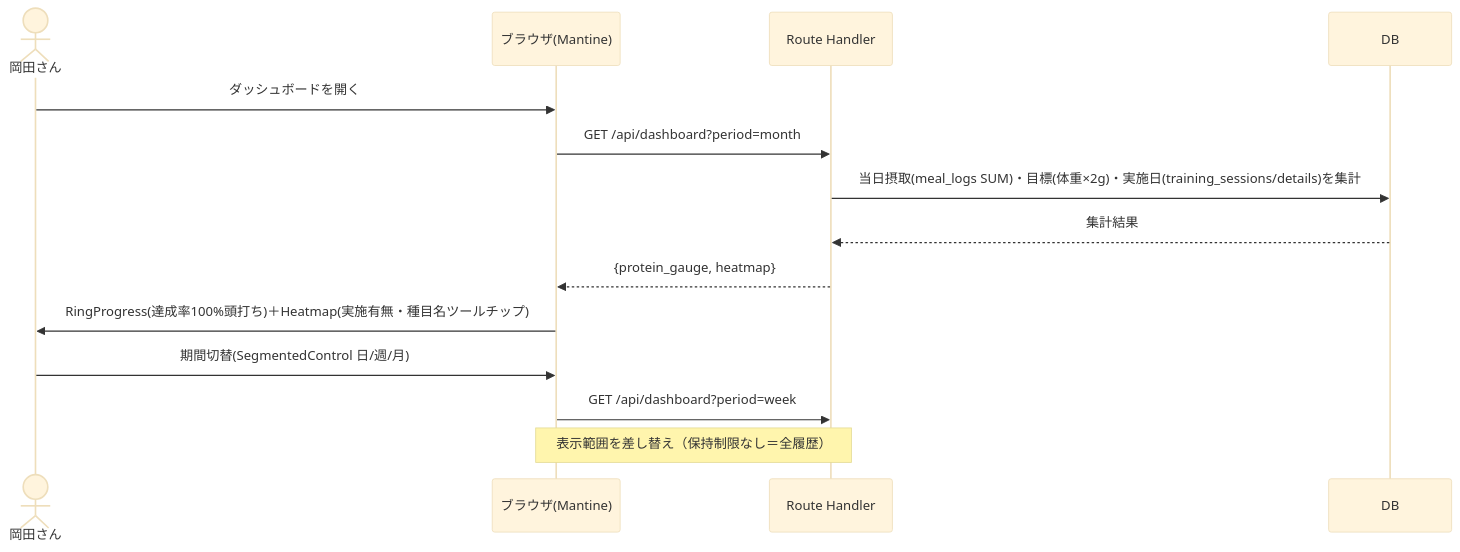
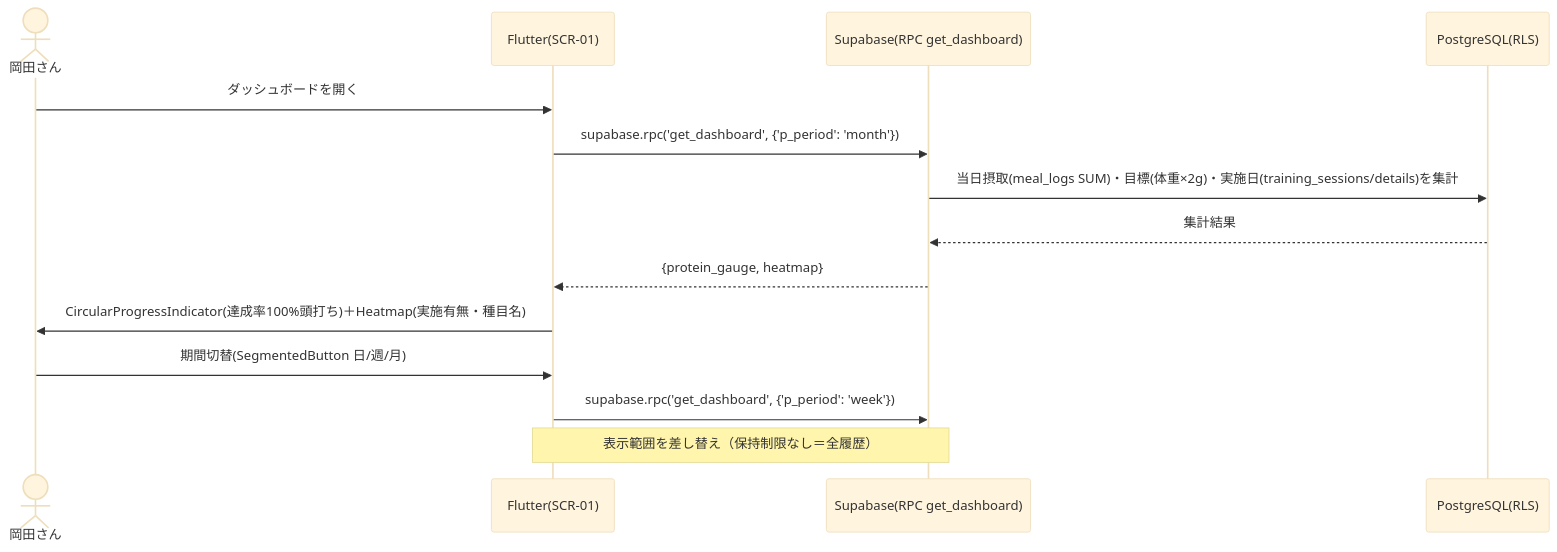
One commit to k-okada51/okada-fit changed the third of 5 diagrams in docs/02_設計/40_機能設計/01_シーケンス設計.md. Above: the diagram before and after it, drawn with Mermaid (base theme). The commit also changed other lines of this file and 37 other files, not shown here.

````diff
--- a/docs/02_設計/40_機能設計/01_シーケンス設計.md
+++ b/docs/02_設計/40_機能設計/01_シーケンス設計.md
@@ -87,17 +95,17 @@
 ```mermaid
 sequenceDiagram
   actor U as 岡田さん
-  participant B as ブラウザ(Mantine)
-  participant S as Route Handler
-  participant D as DB
+  participant F as Flutter(SCR-01)
+  participant R as Supabase(RPC get_dashboard)
+  participant D as PostgreSQL(RLS)
 
-  U->>B: ダッシュボードを開く
-  B->>S: GET /api/dashboard?period=month
-  S->>D: 当日摂取(meal_logs SUM)・目標(体重×2g)・実施日(training_sessions/details)を集計
-  D-->>S: 集計結果
-  S-->>B: {protein_gauge, heatmap}
-  B->>U: RingProgress(達成率100%頭打ち)＋Heatmap(実施有無・種目名ツールチップ)
-  U->>B: 期間切替(SegmentedControl 日/週/月)
-  B->>S: GET /api/dashboard?period=week
-  Note over B,S: 表示範囲を差し替え（保持制限なし＝全履歴）
+  U->>F: ダッシュボードを開く
+  F->>R: supabase.rpc('get_dashboard', {'p_period': 'month'})
+  R->>D: 当日摂取(meal_logs SUM)・目標(体重×2g)・実施日(training_sessions/details)を集計
+  D-->>R: 集計結果
+  R-->>F: {protein_gauge, heatmap}
+  F->>U: CircularProgressIndicator(達成率100%頭打ち)＋Heatmap(実施有無・種目名)
+  U->>F: 期間切替(SegmentedButton 日/週/月)
+  F->>R: supabase.rpc('get_dashboard', {'p_period': 'week'})
+  Note over F,R: 表示範囲を差し替え（保持制限なし＝全履歴）
 ```
````
